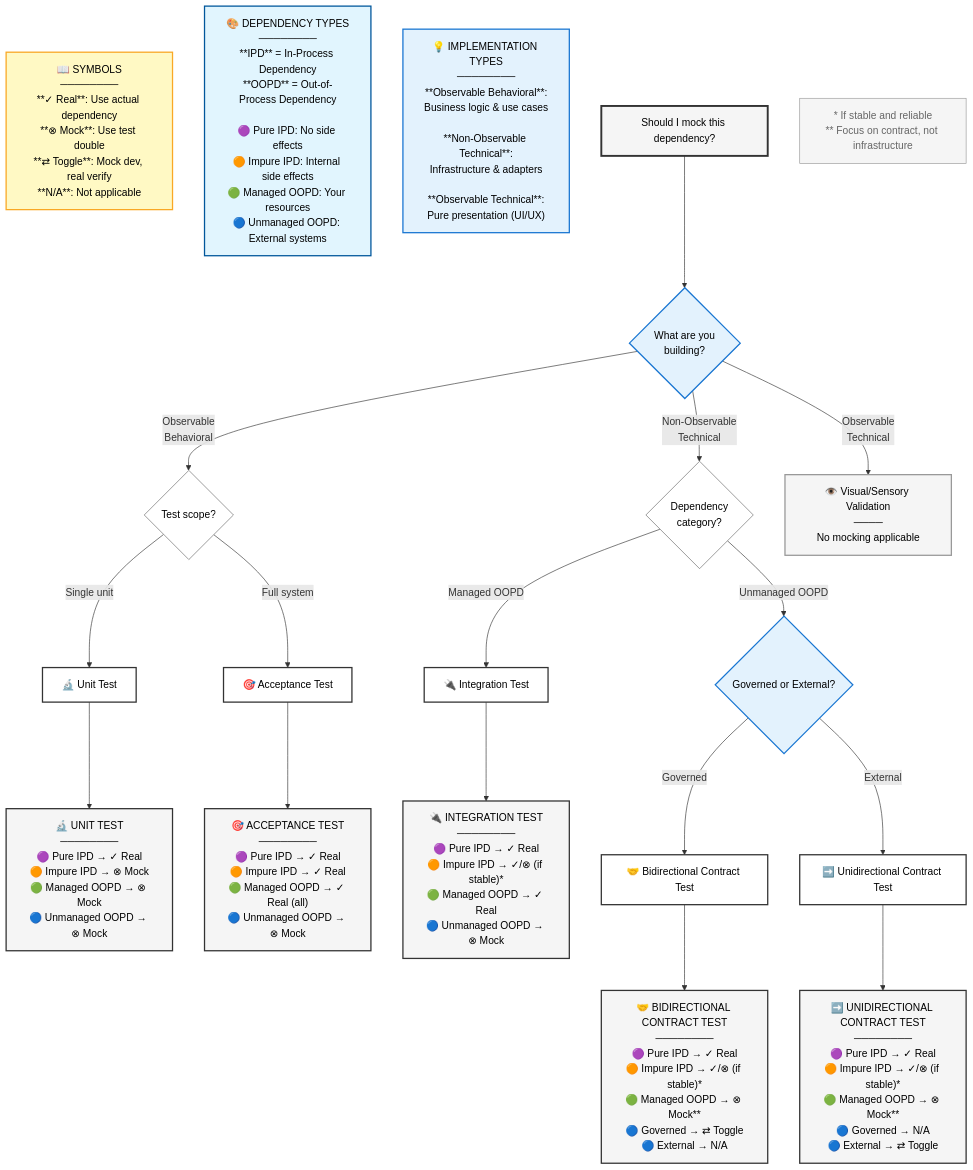
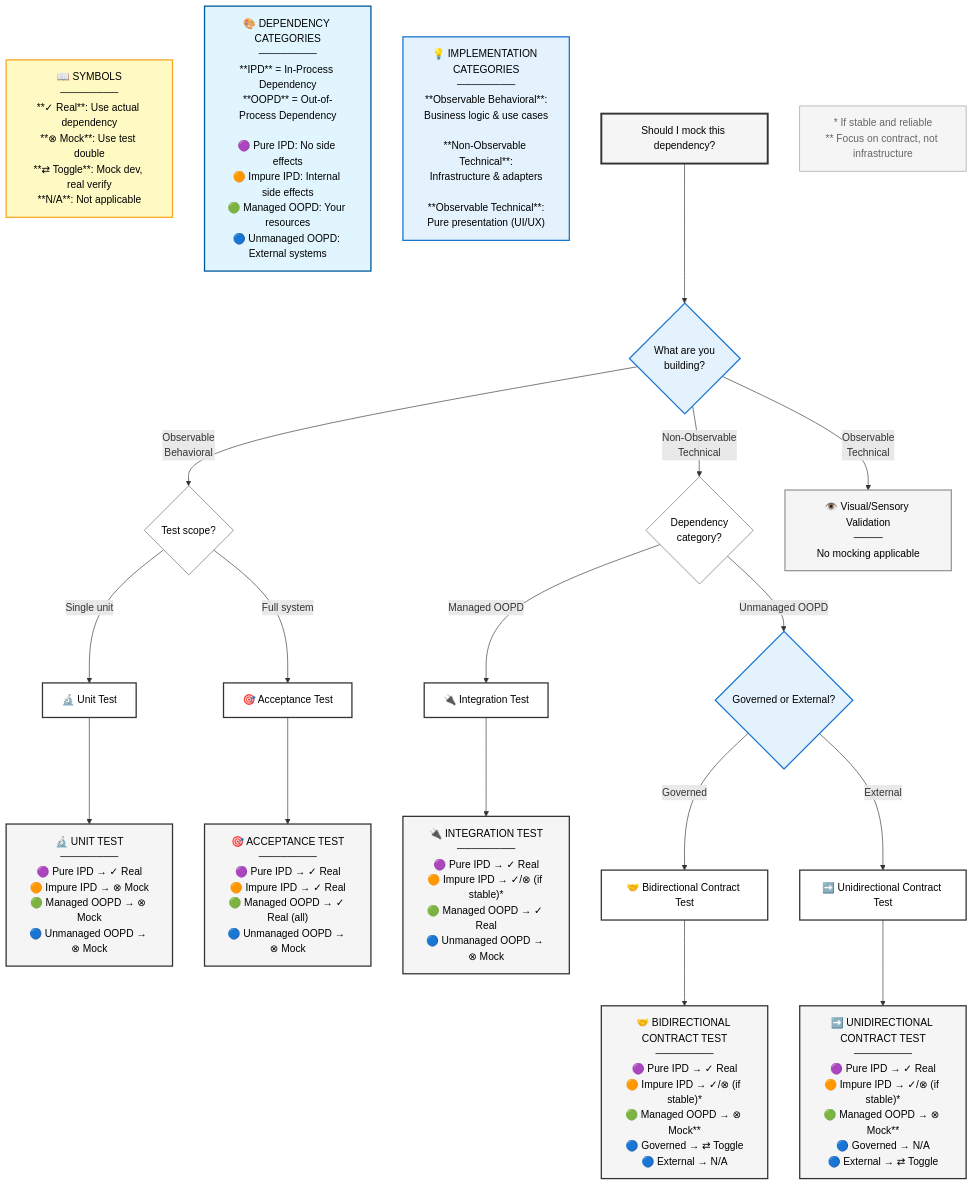
One commit to dawid-dahl-umain/augmented-ai-development changed the diagram in appendices/appendix-e/dependencies-mocking-decision-flow.mermaid. Above: the diagram before and after it, drawn with Mermaid. The commit also changed 2 other files, not shown here.

```diff
--- a/appendices/appendix-e/dependencies-mocking-decision-flow.mermaid
+++ b/appendices/appendix-e/dependencies-mocking-decision-flow.mermaid
@@ -1,64 +1,64 @@
 graph TD
     %% Reference boxes (no arrows to main flow)
     Legend["📖 SYMBOLS<br/>────────<br/>**✓ Real**: Use actual dependency<br/>**⊗ Mock**: Use test double<br/>**⇄ Toggle**: Mock dev, real verify<br/>**N/A**: Not applicable"]
     
-    DepTypes["🎨 DEPENDENCY TYPES<br/>────────<br/>**IPD** = In-Process Dependency<br/>**OOPD** = Out-of-Process Dependency<br/><br/>🟣 Pure IPD: No side effects<br/>🟠 Impure IPD: Internal side effects<br/>🟢 Managed OOPD: Your resources<br/>🔵 Unmanaged OOPD: External systems"]
+    DepTypes["🎨 DEPENDENCY CATEGORIES<br/>────────<br/>**IPD** = In-Process Dependency<br/>**OOPD** = Out-of-Process Dependency<br/><br/>🟣 Pure IPD: No side effects<br/>🟠 Impure IPD: Internal side effects<br/>🟢 Managed OOPD: Your resources<br/>🔵 Unmanaged OOPD: External systems"]
     
-    Info["💡 IMPLEMENTATION TYPES<br/>────────<br/>**Observable Behavioral**:<br/>Business logic & use cases<br/><br/>**Non-Observable Technical**:<br/>Infrastructure & adapters<br/><br/>**Observable Technical**:<br/>Pure presentation (UI/UX)"]
+    Info["💡 IMPLEMENTATION CATEGORIES<br/>────────<br/>**Observable Behavioral**:<br/>Business logic & use cases<br/><br/>**Non-Observable Technical**:<br/>Infrastructure & adapters<br/><br/>**Observable Technical**:<br/>Pure presentation (UI/UX)"]
     
     %% Main decision flow
     Start["Should I mock this dependency?"]
     
     Start --> Q1{"What are you<br/>building?"}
     
     Q1 -->|Observable<br/>Behavioral| BehaviorSplit{"Test scope?"}
     Q1 -->|Non-Observable<br/>Technical| TechSplit{"Dependency<br/>category?"}
     Q1 -->|Observable<br/>Technical| Visual["👁️ Visual/Sensory Validation<br/>────<br/>No mocking applicable"]
     
     BehaviorSplit -->|Single unit| UnitChoice["🔬 Unit Test"]
     BehaviorSplit -->|Full system| AccChoice["🎯 Acceptance Test"]
     
     TechSplit -->|Managed OOPD| IntChoice["🔌 Integration Test"]
     TechSplit -->|Unmanaged OOPD| ContractRoute{"Governed or External?"}
     
     ContractRoute -->|Governed| BiChoice["🤝 Bidirectional Contract Test"]
     ContractRoute -->|External| UniChoice["➡️ Unidirectional Contract Test"]
     
     %% Compact answer nodes
     UnitChoice --> UnitAnswer["🔬 UNIT TEST<br/>────────<br/>🟣 Pure IPD → ✓ Real<br/>🟠 Impure IPD → ⊗ Mock<br/>🟢 Managed OOPD → ⊗ Mock<br/>🔵 Unmanaged OOPD → ⊗ Mock"]
     
     IntChoice --> IntAnswer["🔌 INTEGRATION TEST<br/>────────<br/>🟣 Pure IPD → ✓ Real<br/>🟠 Impure IPD → ✓/⊗ (if stable)*<br/>🟢 Managed OOPD → ✓ Real<br/>🔵 Unmanaged OOPD → ⊗ Mock"]
     
     BiChoice --> BiAnswer["🤝 BIDIRECTIONAL CONTRACT TEST<br/>────────<br/>🟣 Pure IPD → ✓ Real<br/>🟠 Impure IPD → ✓/⊗ (if stable)*<br/>🟢 Managed OOPD → ⊗ Mock**<br/>🔵 Governed → ⇄ Toggle<br/>🔵 External → N/A"]
     
     UniChoice --> UniAnswer["➡️ UNIDIRECTIONAL CONTRACT TEST<br/>────────<br/>🟣 Pure IPD → ✓ Real<br/>🟠 Impure IPD → ✓/⊗ (if stable)*<br/>🟢 Managed OOPD → ⊗ Mock**<br/>🔵 Governed → N/A<br/>🔵 External → ⇄ Toggle"]
     
     AccChoice --> AccAnswer["🎯 ACCEPTANCE TEST<br/>────────<br/>🟣 Pure IPD → ✓ Real<br/>🟠 Impure IPD → ✓ Real<br/>🟢 Managed OOPD → ✓ Real (all)<br/>🔵 Unmanaged OOPD → ⊗ Mock"]
     
     %% Footnotes
     Footnotes["* If stable and reliable<br/>** Focus on contract, not infrastructure"]
     
     %% Styling - minimal, functional only
     style Legend fill:#fff9c4,stroke:#f9a825,stroke-width:2px,color:#000
     style DepTypes fill:#e1f5fe,stroke:#01579b,stroke-width:2px,color:#000
     style Info fill:#e3f2fd,stroke:#1976d2,stroke-width:2px,color:#000
     style Footnotes fill:#f5f5f5,stroke:#999,stroke-width:1px,color:#666
     
     style Start fill:#f5f5f5,stroke:#333,stroke-width:3px,color:#000
     style Q1 fill:#e3f2fd,stroke:#1976d2,stroke-width:2px,color:#000
     style BehaviorSplit fill:#fff,stroke:#666,stroke-width:1px,color:#000
     style TechSplit fill:#fff,stroke:#666,stroke-width:1px,color:#000
     style ContractRoute fill:#e3f2fd,stroke:#1976d2,stroke-width:2px,color:#000
     
     style Visual fill:#f5f5f5,stroke:#999,stroke-width:2px,color:#000
     style UnitChoice fill:#fff,stroke:#333,stroke-width:2px,color:#000
     style IntChoice fill:#fff,stroke:#333,stroke-width:2px,color:#000
     style BiChoice fill:#fff,stroke:#333,stroke-width:2px,color:#000
     style UniChoice fill:#fff,stroke:#333,stroke-width:2px,color:#000
     style AccChoice fill:#fff,stroke:#333,stroke-width:2px,color:#000
     
     style UnitAnswer fill:#f5f5f5,stroke:#333,stroke-width:2px,color:#000
     style IntAnswer fill:#f5f5f5,stroke:#333,stroke-width:2px,color:#000
     style BiAnswer fill:#f5f5f5,stroke:#333,stroke-width:2px,color:#000
     style UniAnswer fill:#f5f5f5,stroke:#333,stroke-width:2px,color:#000
     style AccAnswer fill:#f5f5f5,stroke:#333,stroke-width:2px,color:#000
```
